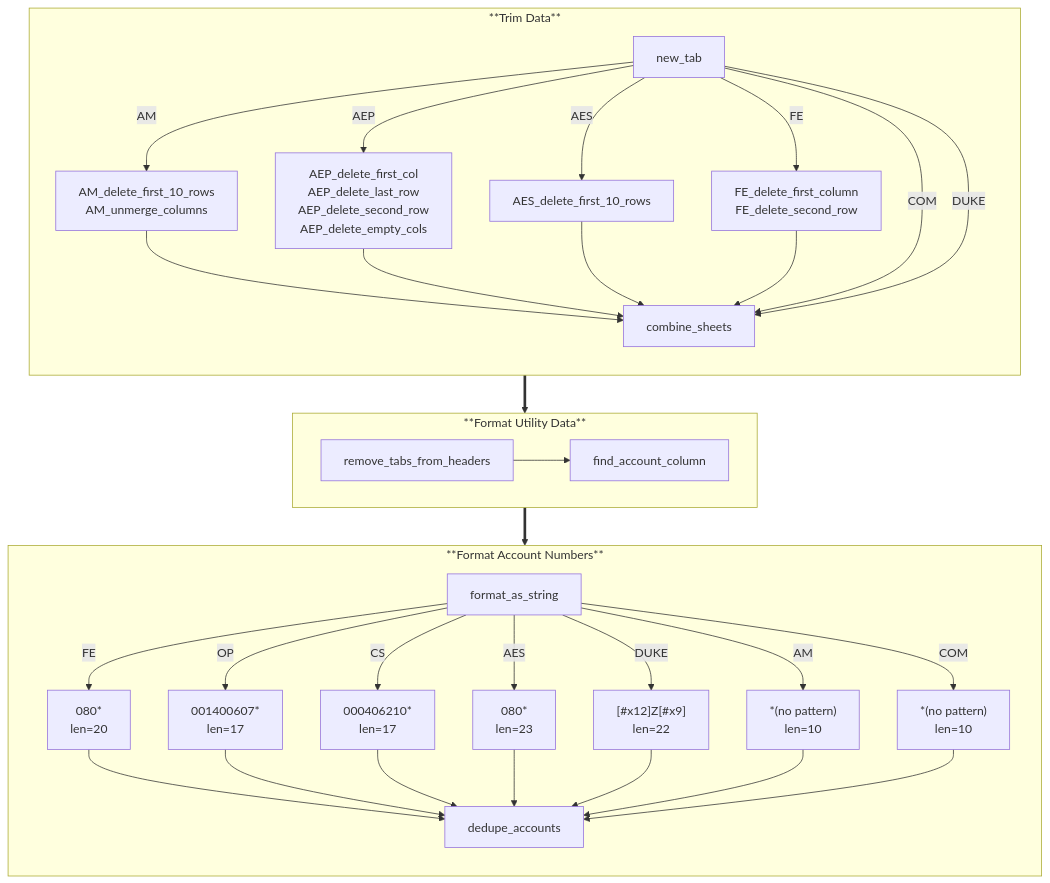
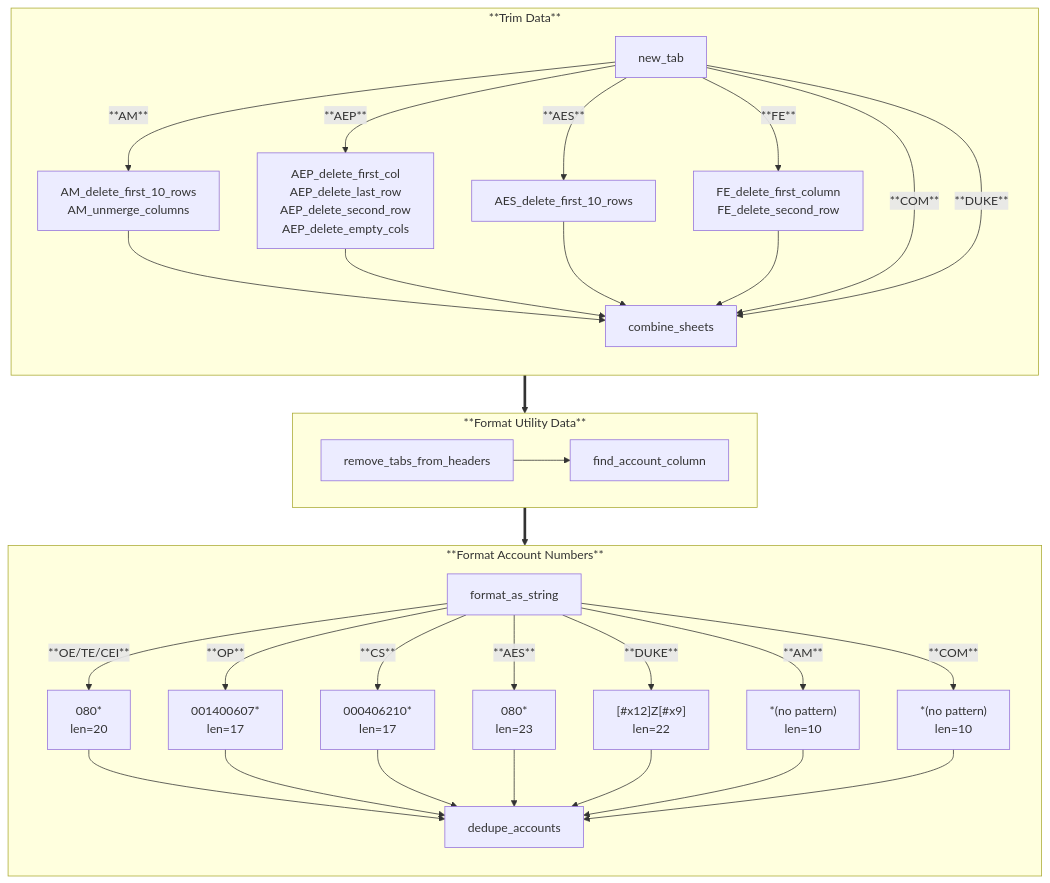
One commit to vistra-muniagg/List-Management-Tool changed the third of 3 diagrams in DIAGRAMS.md. Above: the diagram before and after it, drawn with Mermaid. The commit also changed other lines of this file, not shown here.

Commit message:
Enhance diagram formatting with bold labels

```diff
--- a/DIAGRAMS.md
+++ b/DIAGRAMS.md
@@ -119,14 +119,14 @@
         %%DUKE --> combine_sheets
         %%FE --> combine_sheets
         %%AM---AEP---AES---COM---DUKE---FE
-        new_tab -->|"AM"| trim_AM["AM_delete_first_10_rows<br>AM_unmerge_columns"] --> combine_sheets
-        new_tab -->|"AEP"| trim_AEP["AEP_delete_first_col<br>AEP_delete_last_row<br>AEP_delete_second_row<br>AEP_delete_empty_cols"] --> combine_sheets
-        new_tab -->|"AES"| trim_AES["AES_delete_first_10_rows"] --> combine_sheets
-        new_tab -->|"FE"| trim_FE["FE_delete_first_column<br>FE_delete_second_row"] --> combine_sheets
-        %%new_tab -->|"COM"| no_action["do nothing"] --> combine_sheets
-        %%new_tab -->|"DUKE"| no_action["do nothing"] -->combine_sheets
-        new_tab -->|"COM"| combine_sheets
-        new_tab -->|"DUKE"| combine_sheets
+        new_tab -->|"**AM**"| trim_AM["AM_delete_first_10_rows<br>AM_unmerge_columns"] --> combine_sheets
+        new_tab -->|"**AEP**"| trim_AEP["AEP_delete_first_col<br>AEP_delete_last_row<br>AEP_delete_second_row<br>AEP_delete_empty_cols"] --> combine_sheets
+        new_tab -->|"**AES**"| trim_AES["AES_delete_first_10_rows"] --> combine_sheets
+        new_tab -->|"**FE**"| trim_FE["FE_delete_first_column<br>FE_delete_second_row"] --> combine_sheets
+        %%new_tab -->|"**COM**"| no_action["do nothing"] --> combine_sheets
+        %%new_tab -->|"**DUKE**"| no_action["do nothing"] -->combine_sheets
+        new_tab -->|"**COM**"| combine_sheets
+        new_tab -->|"**DUKE**"| combine_sheets
         
 
     end
@@ -158,13 +158,13 @@
 
     subgraph Format_Account_Numbers["**Format Account Numbers**"]
     direction TB
-        format_as_string -->|"FE"| A["080*<br>len=20"]
-        format_as_string -->|"OP"| B["001400607*<br>len=17"]
-        format_as_string -->|"CS"| C["000406210*<br>len=17"]
-        format_as_string -->|"AES"| D["080*<br>len=23"]
-        format_as_string -->|"DUKE"| E["[#x12]Z[#x9]<br>len=22"]
-        format_as_string -->|"AM"| F["*(no pattern)<br>len=10"]
-        format_as_string -->|"COM"| G["*(no pattern)<br>len=10"]
+        format_as_string -->|"**OE/TE/CEI**"| A["080*<br>len=20"]
+        format_as_string -->|"**OP**"| B["001400607*<br>len=17"]
+        format_as_string -->|"**CS**"| C["000406210*<br>len=17"]
+        format_as_string -->|"**AES**"| D["080*<br>len=23"]
+        format_as_string -->|"**DUKE**"| E["[#x12]Z[#x9]<br>len=22"]
+        format_as_string -->|"**AM**"| F["*(no pattern)<br>len=10"]
+        format_as_string -->|"**COM**"| G["*(no pattern)<br>len=10"]
         %%A-.->B-.->C-.->D-.->E-.->F-.->G
         A--> dedupe_accounts
         B--> dedupe_accounts
```
